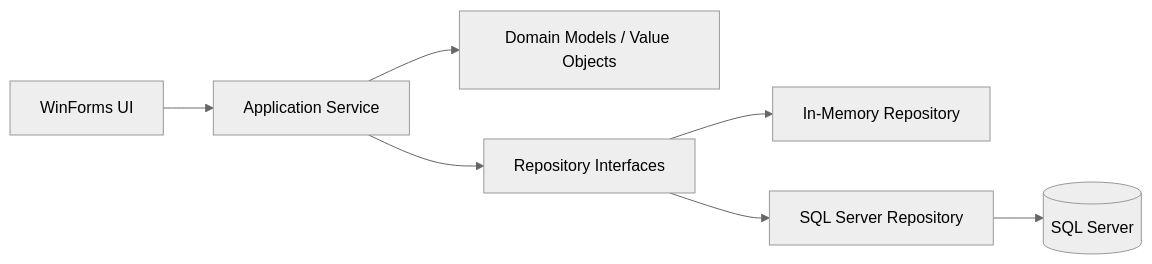
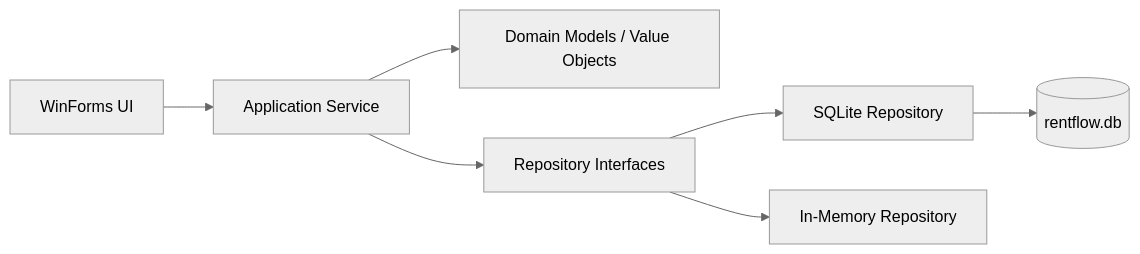
The diagram in docs/roadmap.md (Nattapong-top/RentFlowMini), drawn with Mermaid (neutral theme) before and after one commit. The commit also changed other lines of this file and 3 other files, not shown here.

````diff
--- a/docs/roadmap.md
+++ b/docs/roadmap.md
@@ -42,9 +42,9 @@
 ```mermaid
 graph LR
 UI[WinForms UI] --> App[Application Service]
 App --> Domain[Domain Models / Value Objects]
 App --> Repo[Repository Interfaces]
+Repo --> Sqlite[SQLite Repository]
 Repo --> Mem[In-Memory Repository]
-Repo --> Sql[SQL Server Repository]
-Sql --> DB[(SQL Server)]
+Sqlite --> DB[(rentflow.db)]
 ```
````
